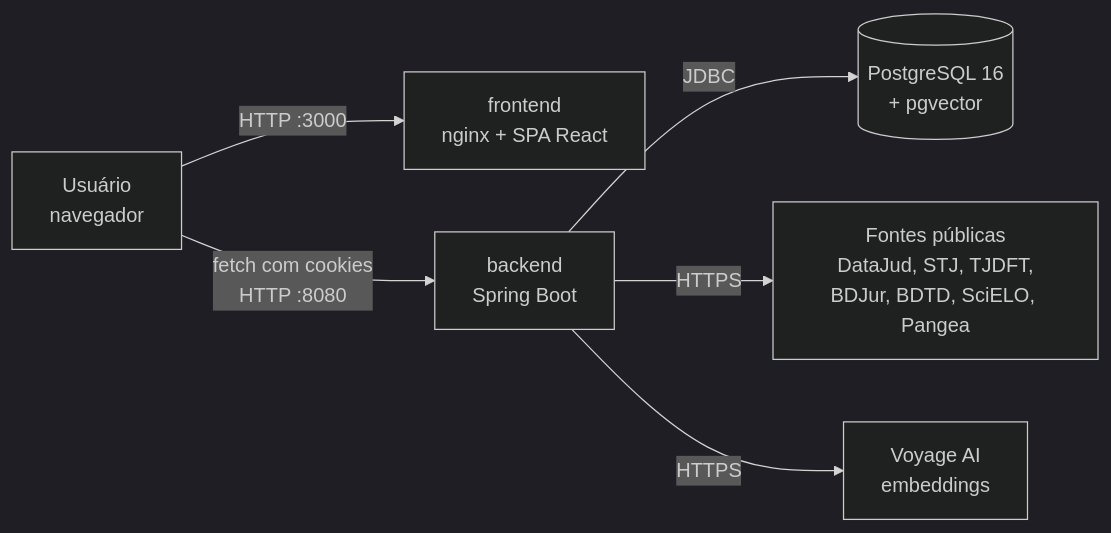
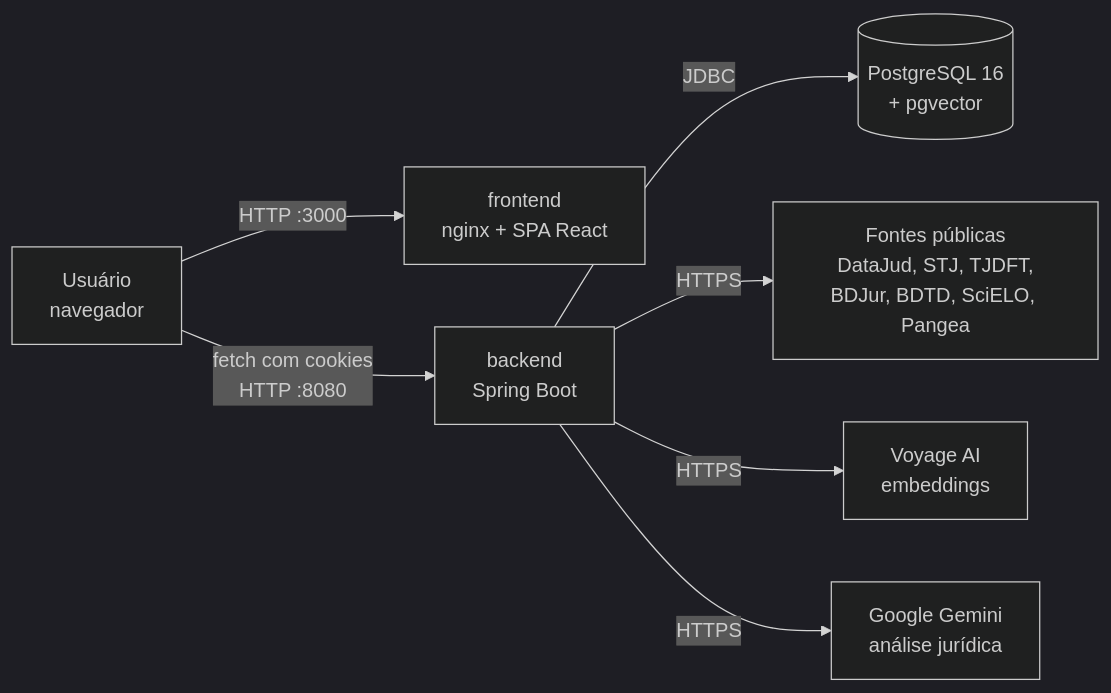
The first of 5 diagrams in docs/DOCUMENTACAO_TECNICA_DEVOPS.md (Forge-Fatec/wikilaw), drawn with Mermaid (dark theme) before and after one commit. The commit also changed other lines of this file and 1 other file, not shown here.

Commit message:
docs: document ai legal analysis with gemini

````diff
--- a/docs/DOCUMENTACAO_TECNICA_DEVOPS.md
+++ b/docs/DOCUMENTACAO_TECNICA_DEVOPS.md
@@ -60,8 +61,9 @@
 ```mermaid
 flowchart LR
     U[Usuário<br/>navegador] -->|HTTP :3000| F[frontend<br/>nginx + SPA React]
     U -->|fetch com cookies<br/>HTTP :8080| B[backend<br/>Spring Boot]
     B -->|JDBC| P[(PostgreSQL 16<br/>+ pgvector)]
     B -->|HTTPS| EXT[Fontes públicas<br/>DataJud, STJ, TJDFT,<br/>BDJur, BDTD, SciELO, Pangea]
     B -->|HTTPS| V[Voyage AI<br/>embeddings]
+    B -->|HTTPS| G[Google Gemini<br/>análise jurídica]
 ```
````
